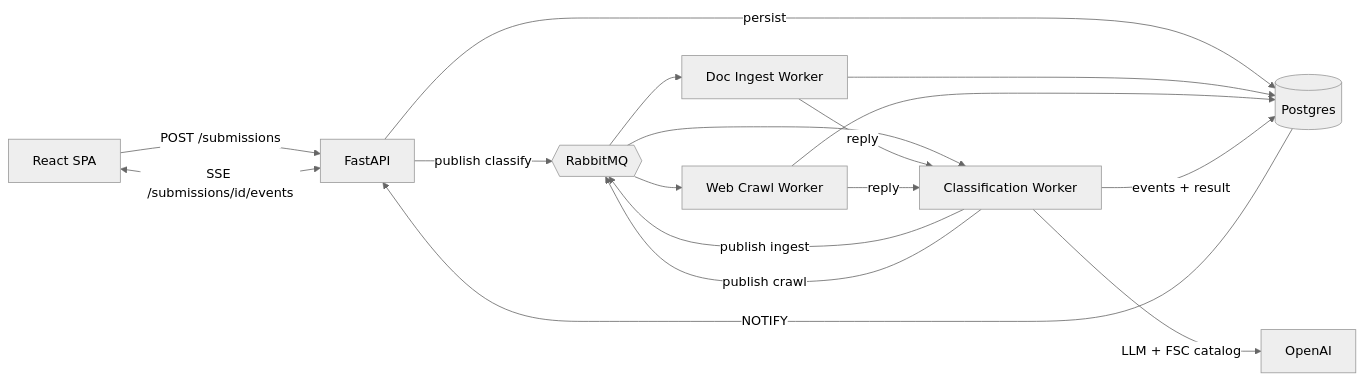
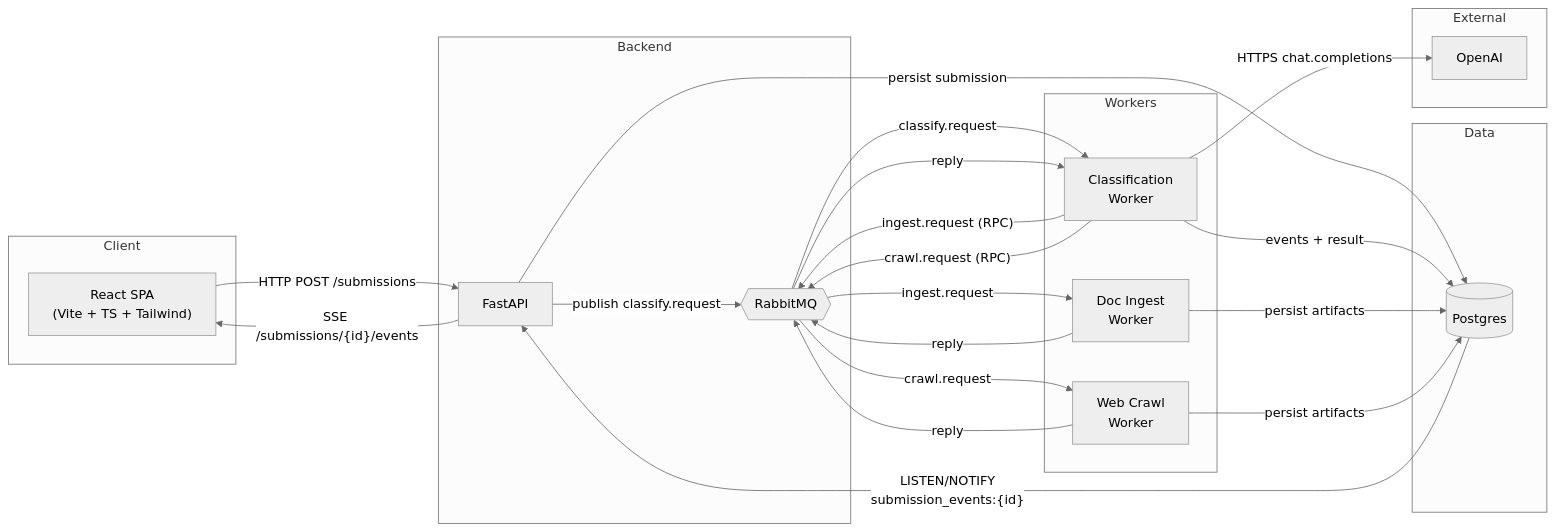
One commit to Chlebamaticon/company-classification changed the diagram in memory-bank/view.md. Above: the diagram before and after it, drawn with Mermaid (neutral theme). The commit also changed other lines of this file and 16 other files, not shown here.

````diff
--- a/memory-bank/view.md
+++ b/memory-bank/view.md
@@ -3,19 +5,47 @@
 ```mermaid
 flowchart LR
-    SPA["React SPA"] -->|"POST /submissions"| API["FastAPI"]
-    SPA <-->|"SSE /submissions/id/events"| API
-    API -->|"persist"| PG[("Postgres")]
-    API -->|"publish classify"| MQ{{"RabbitMQ"}}
-    MQ --> CW["Classification Worker"]
-    CW -->|"publish ingest"| MQ
-    CW -->|"publish crawl"| MQ
-    MQ --> DI["Doc Ingest Worker"]
-    MQ --> WC["Web Crawl Worker"]
-    DI --> PG
-    WC --> PG
-    DI -->|"reply"| CW
-    WC -->|"reply"| CW
-    CW -->|"LLM + FSC catalog"| LLM["OpenAI"]
+    subgraph Client["Client"]
+        SPA["React SPA<br/>(Vite + TS + Tailwind)"]
+    end
+
+    subgraph Backend["Backend"]
+        API["FastAPI"]
+        MQ{{"RabbitMQ"}}
+    end
+
+    subgraph Workers["Workers"]
+        CW["Classification<br/>Worker"]
+        DI["Doc Ingest<br/>Worker"]
+        WC["Web Crawl<br/>Worker"]
+    end
+
+    subgraph Data["Data"]
+        PG[("Postgres")]
+    end
+
+    subgraph External["External"]
+        LLM["OpenAI"]
+    end
+
+    SPA -->|"HTTP POST /submissions"| API
+    API -->|"SSE /submissions/{id}/events"| SPA
+
+    API -->|"persist submission"| PG
+    API -->|"publish classify.request"| MQ
+
+    MQ -->|"classify.request"| CW
+    CW -->|"ingest.request (RPC)"| MQ
+    CW -->|"crawl.request (RPC)"| MQ
+    MQ -->|"ingest.request"| DI
+    MQ -->|"crawl.request"| WC
+    DI -->|"reply"| MQ
+    WC -->|"reply"| MQ
+    MQ -->|"reply"| CW
+
+    CW -->|"HTTPS chat.completions"| LLM
     CW -->|"events + result"| PG
-    PG -->|"NOTIFY"| API
+    DI -->|"persist artifacts"| PG
+    WC -->|"persist artifacts"| PG
+
+    PG -->|"LISTEN/NOTIFY<br/>submission_events:{id}"| API
 ```
````
